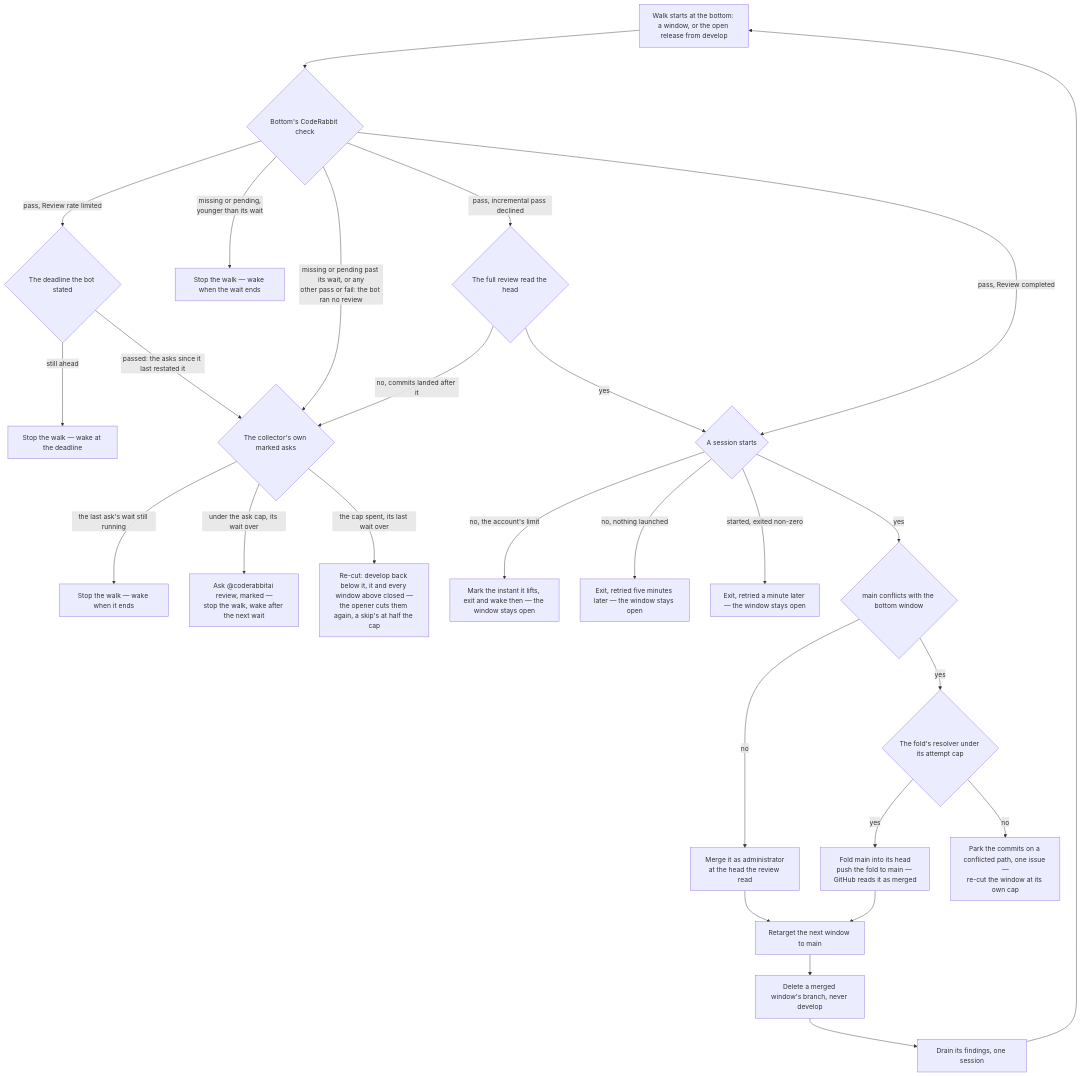
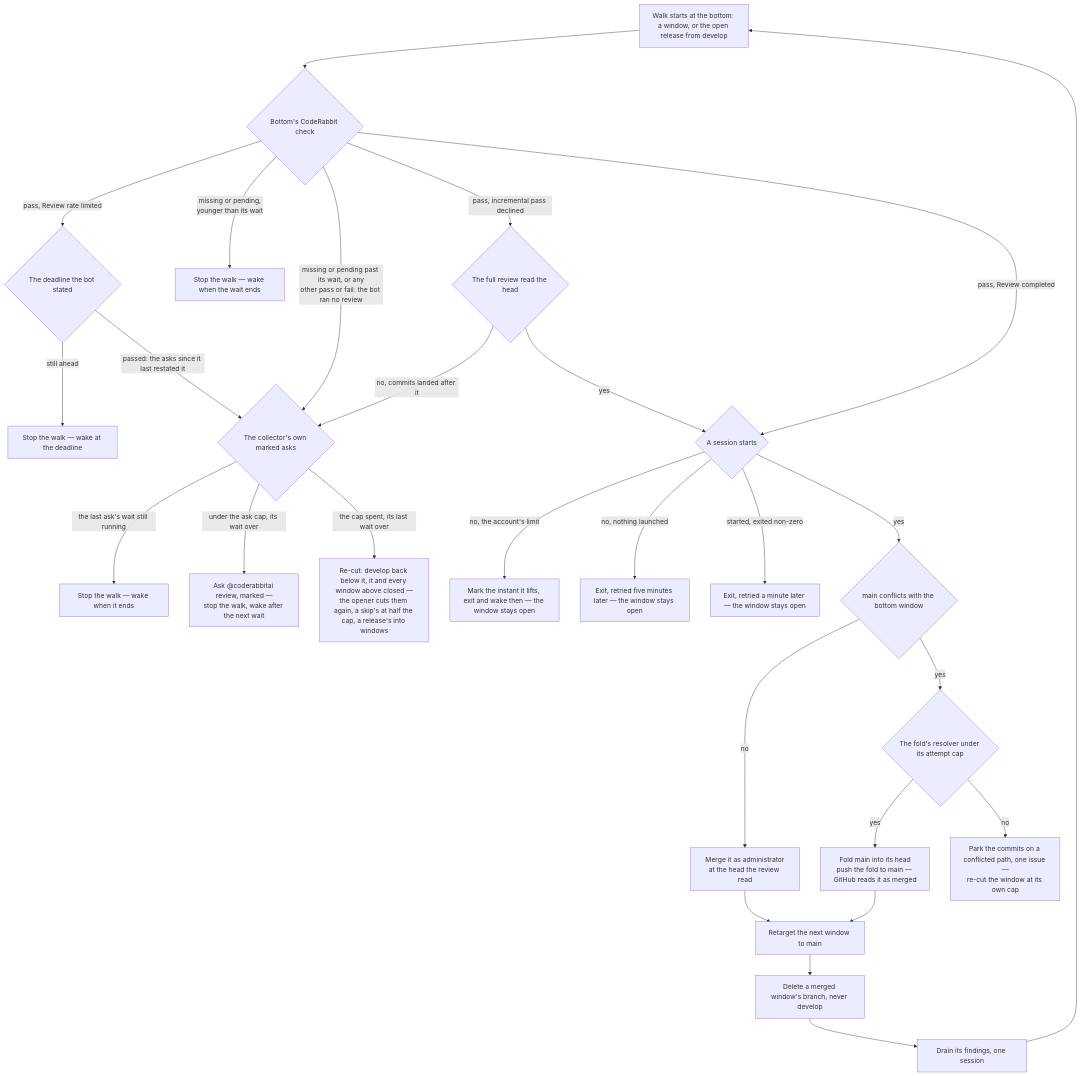
The first of 4 diagrams in apps/web/content/docs/infra/review-collector/collection-cycle.md (Esposter/Esposter), drawn with Mermaid before and after one commit. The commit also changed other lines of this file and 2 other files, not shown here.

First line of the commit message:
docs(review-collector): a claim's count rides its patch, a held commit is tried on the run after its park, and a skipped release is cut into windows

````diff
--- a/apps/web/content/docs/infra/review-collector/collection-cycle.md
+++ b/apps/web/content/docs/infra/review-collector/collection-cycle.md
@@ -45,27 +45,27 @@
 ```mermaid
 flowchart TD
   S[Walk starts at the bottom: a window, or the open release from develop] --> ST{Bottom's CodeRabbit check}
   ST -->|pass, Review rate limited| RL{The deadline the bot stated}
   RL -->|still ahead| RW[Stop the walk — wake at the deadline]
   RL -->|passed: the asks since it last restated it| AK
   ST -->|missing or pending,<br/>younger than its wait| X2[Stop the walk — wake when the wait ends]
   ST -->|missing or pending past its wait, or any<br/>other pass or fail: the bot ran no review| AK{The collector's own marked asks}
   ST -->|pass, incremental pass declined| SK{The full review read the head}
   SK -->|no, commits landed after it| AK
   AK -->|the last ask's wait still running| AW[Stop the walk — wake when it ends]
   AK -->|under the ask cap, its wait over| AS[Ask @coderabbitai review, marked —<br/>stop the walk, wake after the next wait]
-  AK -->|the cap spent, its last wait over| RC[Re-cut: develop back below it, it and every window above closed —<br/>the opener cuts them again, a skip's at half the cap]
+  AK -->|the cap spent, its last wait over| RC[Re-cut: develop back below it, it and every window above closed —<br/>the opener cuts them again, a skip's at half the cap, a release's into windows]
   ST -->|pass, Review completed| PB{A session starts}
   SK -->|yes| PB
   PB -->|no, the account's limit| X3[Mark the instant it lifts, exit and wake then — the window stays open]
   PB -->|no, nothing launched| XL[Exit, retried five minutes later — the window stays open]
   PB -->|started, exited non-zero| X4[Exit, retried a minute later — the window stays open]
   PB -->|yes| FC{main conflicts with the bottom window}
   FC -->|no| MG[Merge it as administrator<br/>at the head the review read]
   FC -->|yes| FA{The fold's resolver under its attempt cap}
   FA -->|yes| FR[Fold main into its head<br/>push the fold to main — GitHub reads it as merged]
   FA -->|no| FP[Park the commits on a conflicted path, one issue —<br/>re-cut the window at its own cap]
   MG --> RT[Retarget the next window to main]
   FR --> RT
   RT --> DL[Delete a merged window's branch, never develop] --> DR[Drain its findings, one session] --> S
 ```
````
